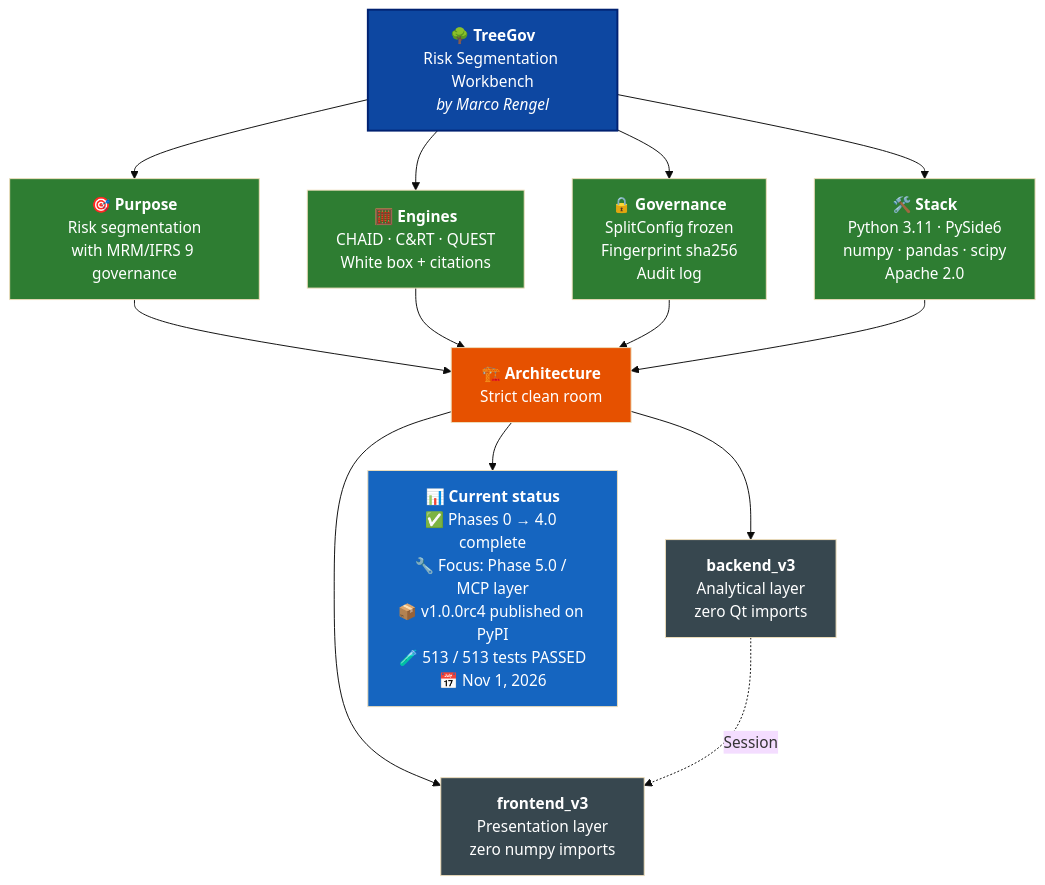
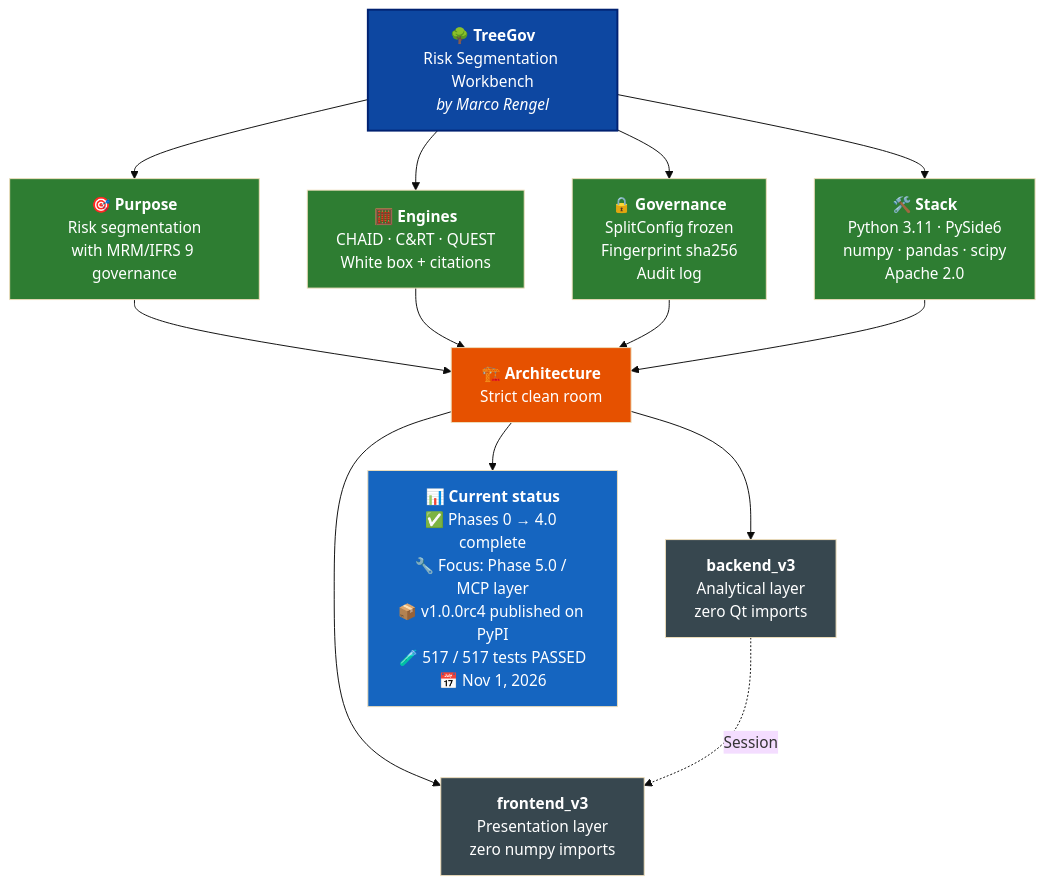
Before and after one commit to Marco-Rengel/treegov: the diagram in README.md, drawn with Mermaid (base theme). The commit also changed 15 other files, not shown here.

````diff
--- a/README.md
+++ b/README.md
@@ -38,31 +38,31 @@
 ```mermaid
 flowchart TB
     TG["<b>🌳 TreeGov</b><br/>Risk Segmentation Workbench<br/><i>by Marco Rengel</i>"]
 
     TG --> P["<b>🎯 Purpose</b><br/>Risk segmentation<br/>with MRM/IFRS 9 governance"]
     TG --> M["<b>🧮 Engines</b><br/>CHAID · C&RT · QUEST<br/>White box + citations"]
     TG --> G["<b>🔒 Governance</b><br/>SplitConfig frozen<br/>Fingerprint sha256<br/>Audit log"]
     TG --> S["<b>🛠️ Stack</b><br/>Python 3.11 · PySide6<br/>numpy · pandas · scipy<br/>Apache 2.0"]
 
     P --> ARQ["<b>🏗️ Architecture</b><br/>Strict clean room"]
     M --> ARQ
     G --> ARQ
     S --> ARQ
 
     ARQ --> BE["<b>backend_v3</b><br/>Analytical layer<br/>zero Qt imports"]
     ARQ --> FE["<b>frontend_v3</b><br/>Presentation layer<br/>zero numpy imports"]
 
     BE -.->|Session| FE
 
-    ARQ --> ST["<b>📊 Current status</b><br/>✅ Phases 0 → 4.0 complete<br/>🔧 Focus: Phase 5.0 / MCP layer<br/>📦 v1.0.0rc4 published on PyPI<br/>🧪 513 / 513 tests PASSED<br/>📅 Nov 1, 2026"]
+    ARQ --> ST["<b>📊 Current status</b><br/>✅ Phases 0 → 4.0 complete<br/>🔧 Focus: Phase 5.0 / MCP layer<br/>📦 v1.0.0rc4 published on PyPI<br/>🧪 517 / 517 tests PASSED<br/>📅 Nov 1, 2026"]
 
     style TG fill:#0D47A1,color:#fff,stroke:#002171,stroke-width:2px
     style P fill:#2E7D32,color:#fff
     style M fill:#2E7D32,color:#fff
     style G fill:#2E7D32,color:#fff
     style S fill:#2E7D32,color:#fff
     style ARQ fill:#E65100,color:#fff
     style BE fill:#37474F,color:#fff
     style FE fill:#37474F,color:#fff
     style ST fill:#1565C0,color:#fff
 ```
````
